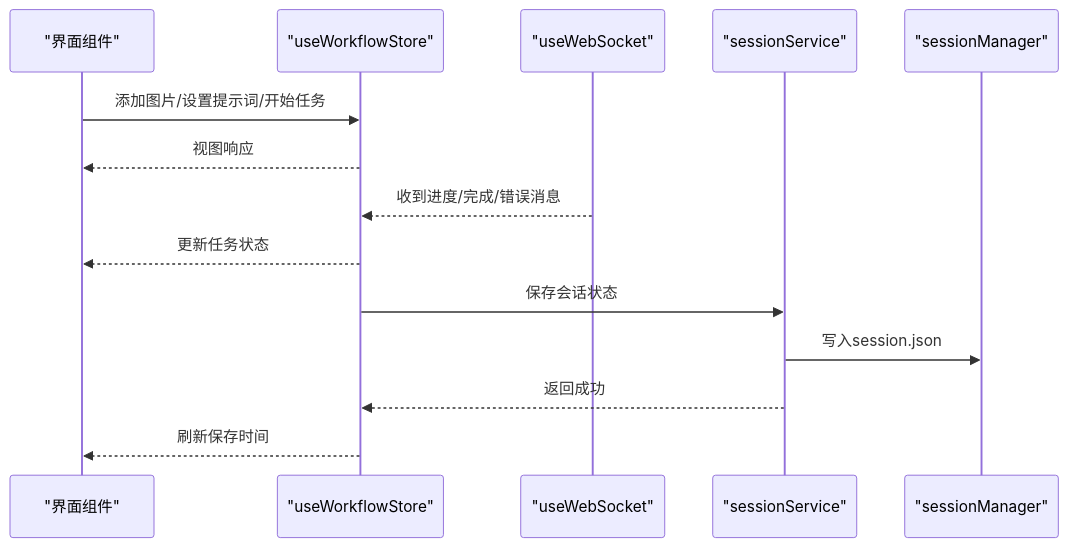
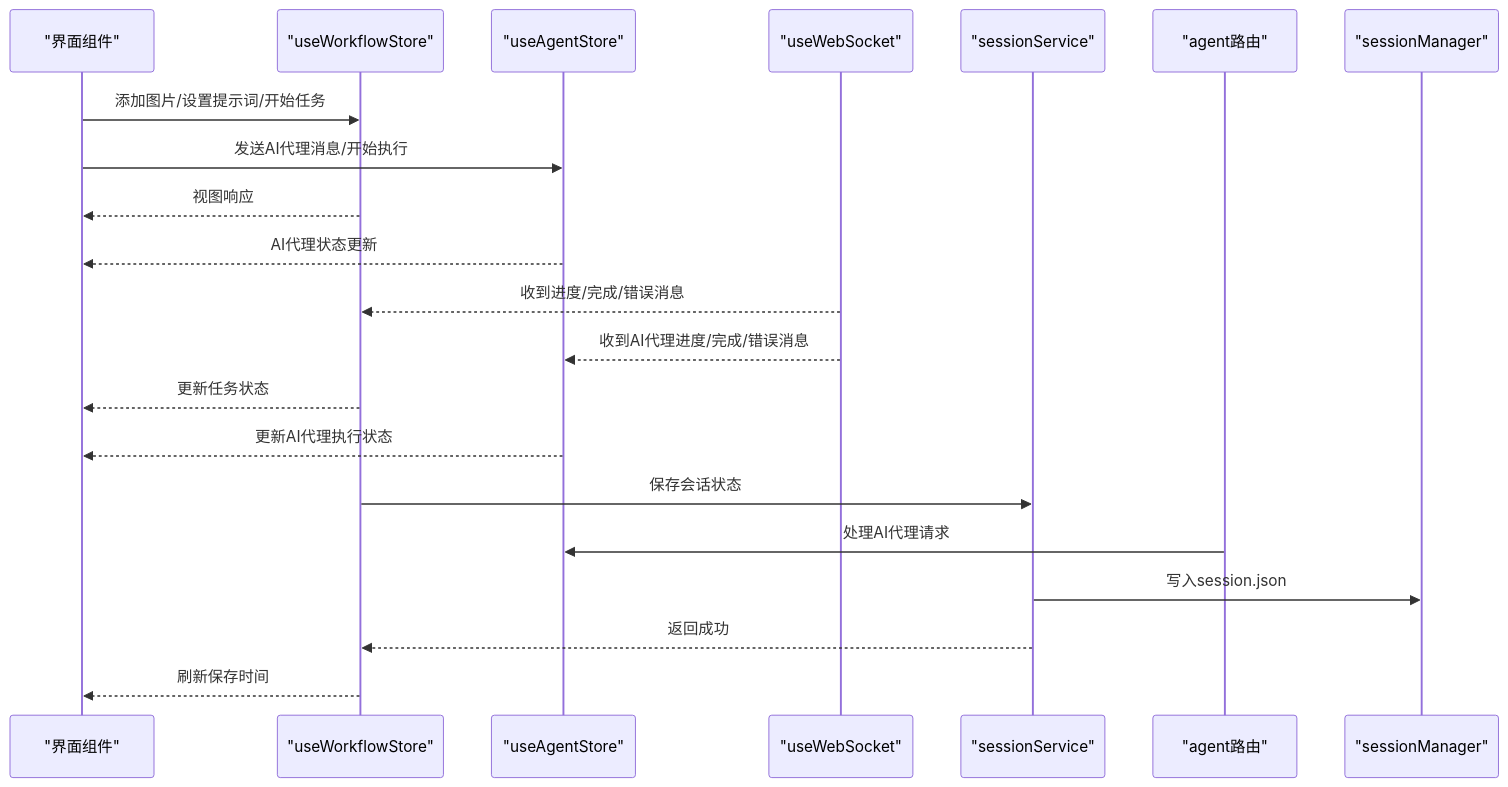
The second of 8 diagrams in .qoder/repowiki/zh/content/前端应用/状态管理系统/工作流状态管理/工作流状态管理.md (billye220670/CorineKit_Pix2Real), drawn with Mermaid before and after one commit. The commit also changed other lines of this file and 20 other files, not shown here.

````diff
--- a/.qoder/repowiki/zh/content/前端应用/状态管理系统/工作流状态管理/工作流状态管理.md
+++ b/.qoder/repowiki/zh/content/前端应用/状态管理系统/工作流状态管理/工作流状态管理.md
@@ -115,16 +140,23 @@
 ```mermaid
 sequenceDiagram
 participant UI as "界面组件"
 participant Store as "useWorkflowStore"
+participant AgentStore as "useAgentStore"
 participant WS as "useWebSocket"
 participant API as "sessionService"
+participant AgentAPI as "agent路由"
 participant Srv as "sessionManager"
 UI->>Store : 添加图片/设置提示词/开始任务
+UI->>AgentStore : 发送AI代理消息/开始执行
 Store-->>UI : 视图响应
+AgentStore-->>UI : AI代理状态更新
 WS-->>Store : 收到进度/完成/错误消息
+WS-->>AgentStore : 收到AI代理进度/完成/错误消息
 Store-->>UI : 更新任务状态
+AgentStore-->>UI : 更新AI代理执行状态
 Store->>API : 保存会话状态
+AgentAPI->>AgentStore : 处理AI代理请求
 API->>Srv : 写入session.json
 API-->>Store : 返回成功
 Store-->>UI : 刷新保存时间
 ```
````
